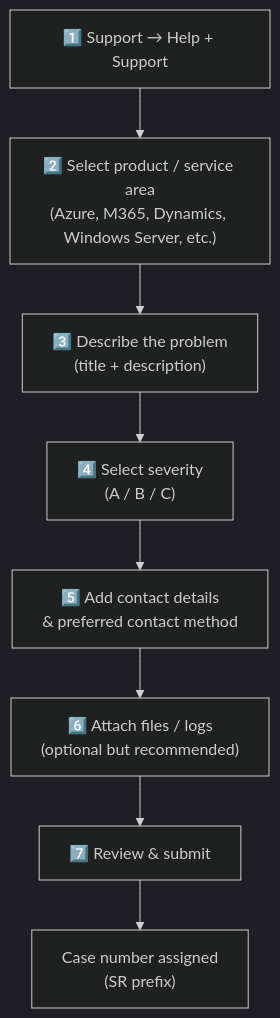
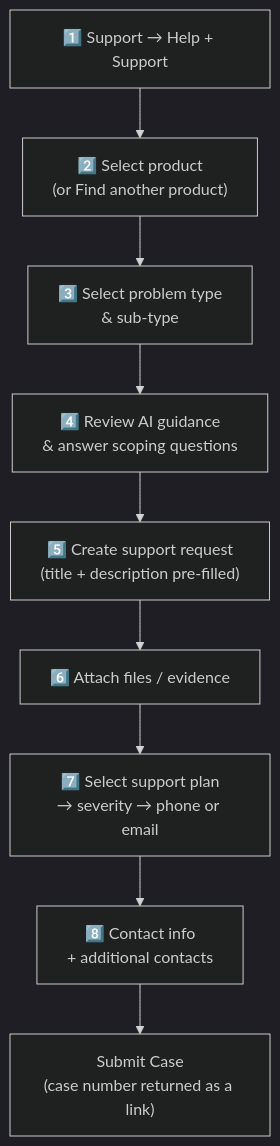
The first of 2 diagrams in 02-support-requests.md (marcogrimaldi29/engage-center-notes), drawn with Mermaid before and after one commit. The commit also changed other lines of this file and 5 other files, not shown here.

````diff
--- a/02-support-requests.md
+++ b/02-support-requests.md
@@ -82,14 +66,15 @@
 ```mermaid
 %%{init: {"theme":"dark"}}%%
 flowchart TD
     S1["1️⃣ Support → Help + Support"]
-    S2["2️⃣ Select product / service area\n(Azure, M365, Dynamics, Windows Server, etc.)"]
-    S3["3️⃣ Describe the problem\n(title + description)"]
-    S4["4️⃣ Select severity\n(A / B / C)"]
-    S5["5️⃣ Add contact details\n& preferred contact method"]
-    S6["6️⃣ Attach files / logs\n(optional but recommended)"]
-    S7["7️⃣ Review & submit"]
-    S8["Case number assigned\n(SR prefix)"]
+    S2["2️⃣ Select product\n(or Find another product)"]
+    S3["3️⃣ Select problem type\n& sub-type"]
+    S4["4️⃣ Review AI guidance\n& answer scoping questions"]
+    S5["5️⃣ Create support request\n(title + description pre-filled)"]
+    S6["6️⃣ Attach files / evidence"]
+    S7["7️⃣ Select support plan\n→ severity → phone or email"]
+    S8["8️⃣ Contact info\n+ additional contacts"]
+    S9["Submit Case\n(case number returned as a link)"]
 
-    S1 --> S2 --> S3 --> S4 --> S5 --> S6 --> S7 --> S8
+    S1 --> S2 --> S3 --> S4 --> S5 --> S6 --> S7 --> S8 --> S9
 ```
````
